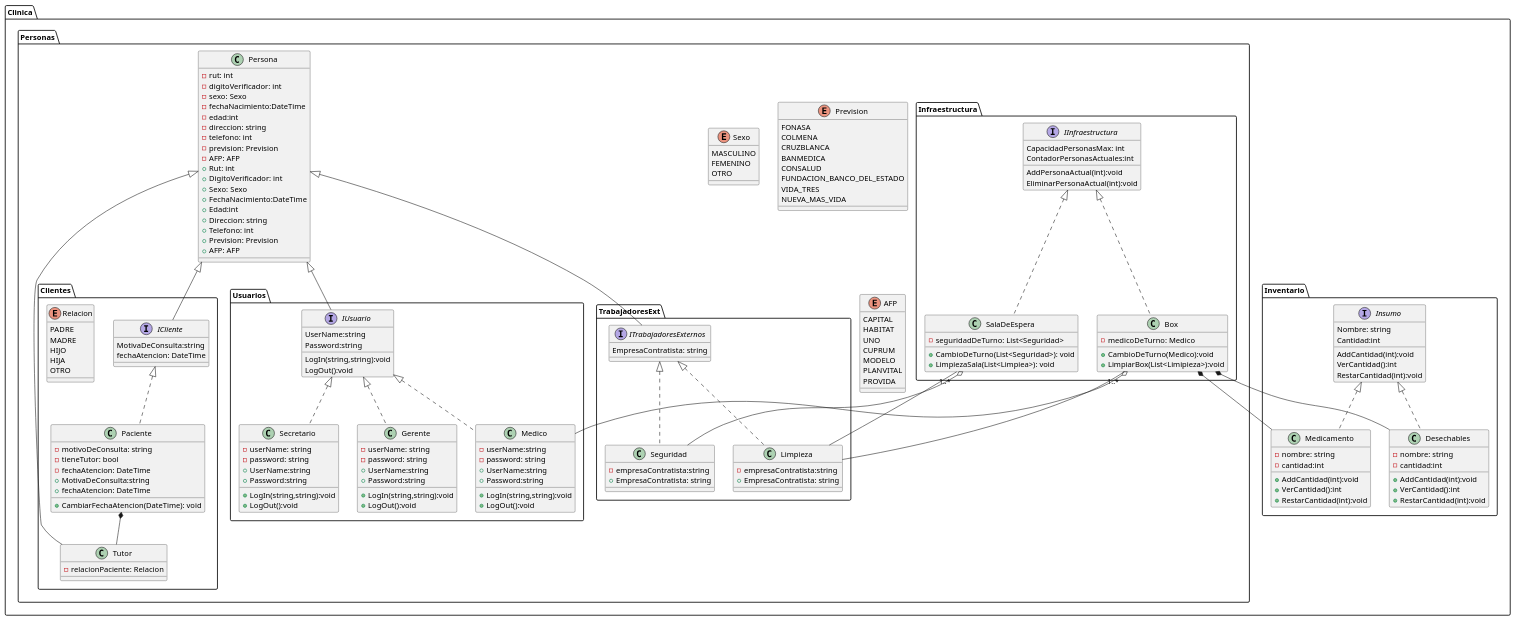
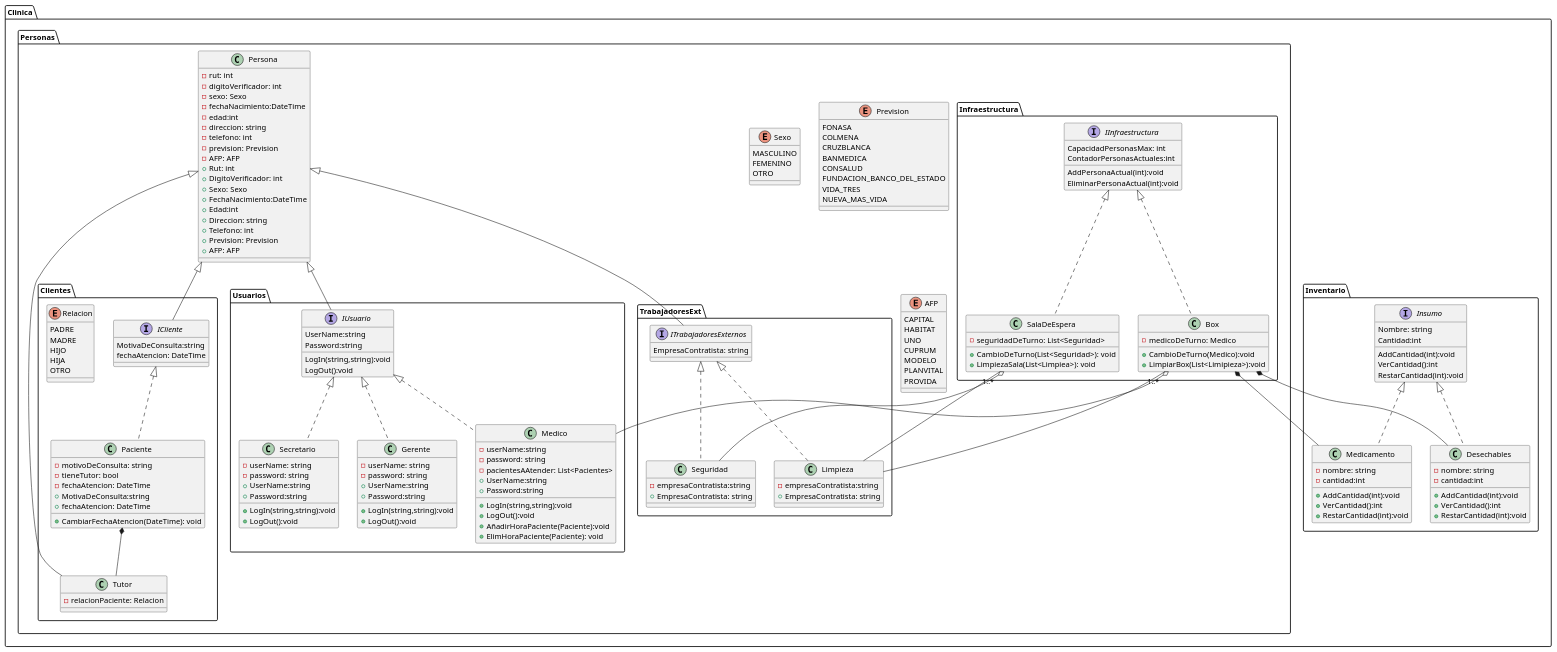
The diagram in consultorio.puml (ecadiz123/ProyectoAvaloniaProgra2), drawn with PlantUML before and after one commit. The commit also changed 29 other files, not shown here.

```diff
--- a/consultorio.puml
+++ b/consultorio.puml
@@ -143,10 +143,13 @@
             class Medico{
                 - userName:string
                 - password: string
+                - pacientesAAtender: List<Pacientes>
                 + LogIn(string,string):void
                 + LogOut():void
                 + UserName:string
                 + Password:string
+                + AñadirHoraPaciente(Paciente):void
+                + ElimHoraPaciente(Paciente): void
             }
 
             class Gerente
```
